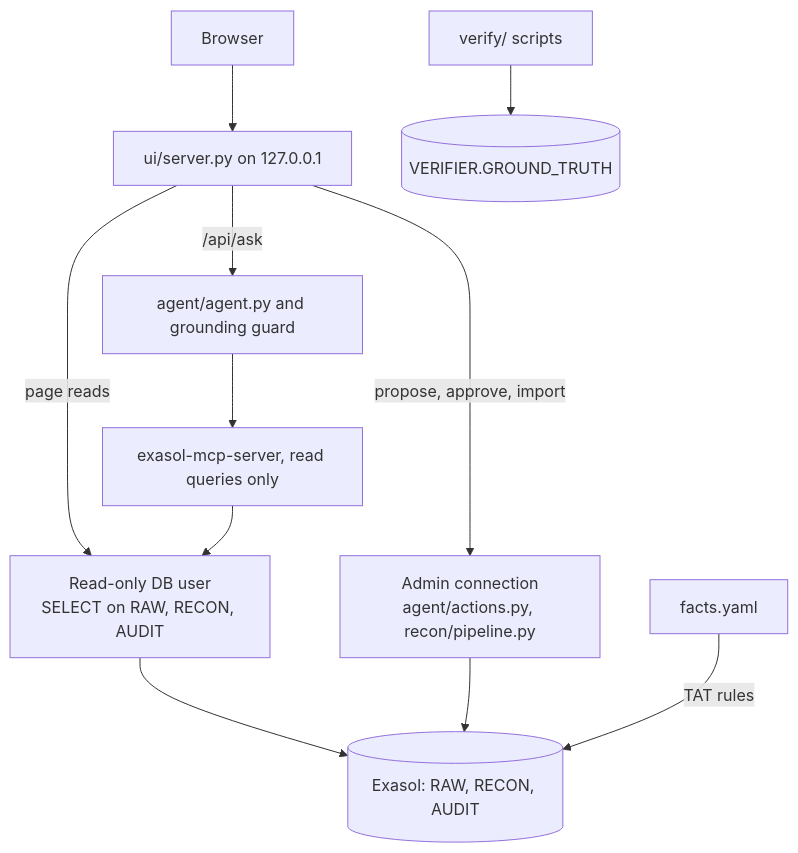
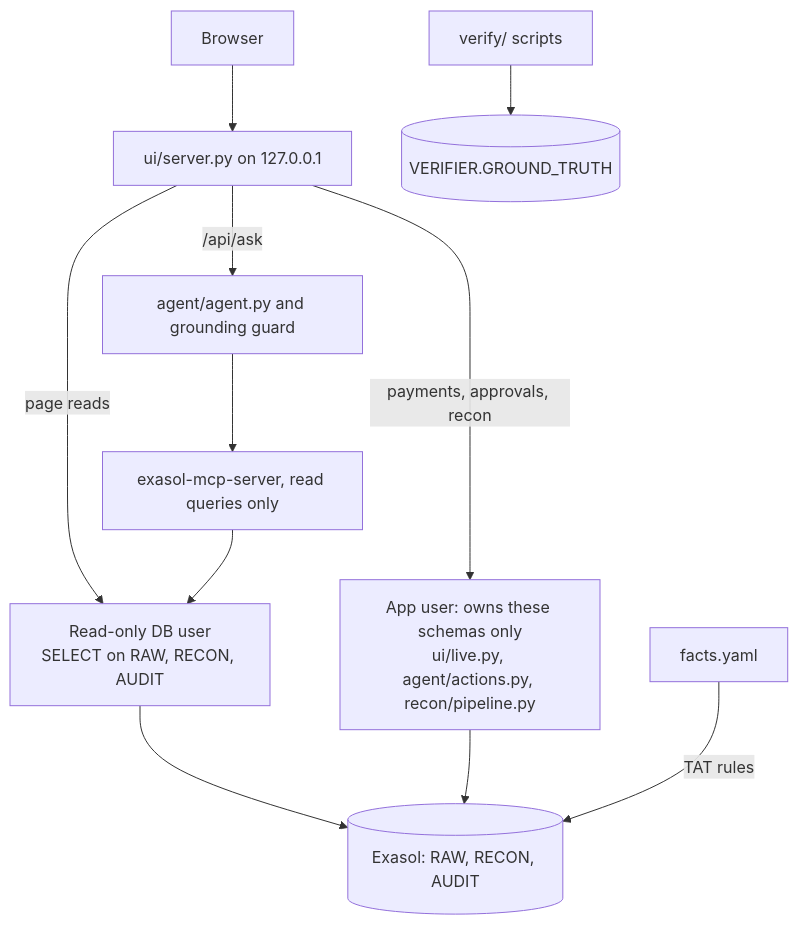
Before and after one commit to PROSTLE/TAT-Guard: the fifth of 5 diagrams in README.md, drawn with Mermaid. The commit also changed other lines of this file and 51 other files, not shown here.

````diff
--- a/README.md
+++ b/README.md
@@ -188,13 +209,13 @@
 ```mermaid
 flowchart TB
     U["Browser"] --> S["ui/server.py on 127.0.0.1"]
     S -->|"page reads"| R["Read-only DB user<br/>SELECT on RAW, RECON, AUDIT"]
     S -->|"/api/ask"| AG["agent/agent.py and grounding guard"]
     AG --> MC["exasol-mcp-server, read queries only"]
     MC --> R
-    S -->|"propose, approve, import"| W["Admin connection<br/>agent/actions.py, recon/pipeline.py"]
+    S -->|"payments, approvals, recon"| W["App user: owns these schemas only<br/>ui/live.py, agent/actions.py, recon/pipeline.py"]
     R --> X[("Exasol: RAW, RECON, AUDIT")]
     W --> X
     V["verify/ scripts"] --> GT[("VERIFIER.GROUND_TRUTH")]
     F["facts.yaml"] -->|"TAT rules"| X
 ```
````
